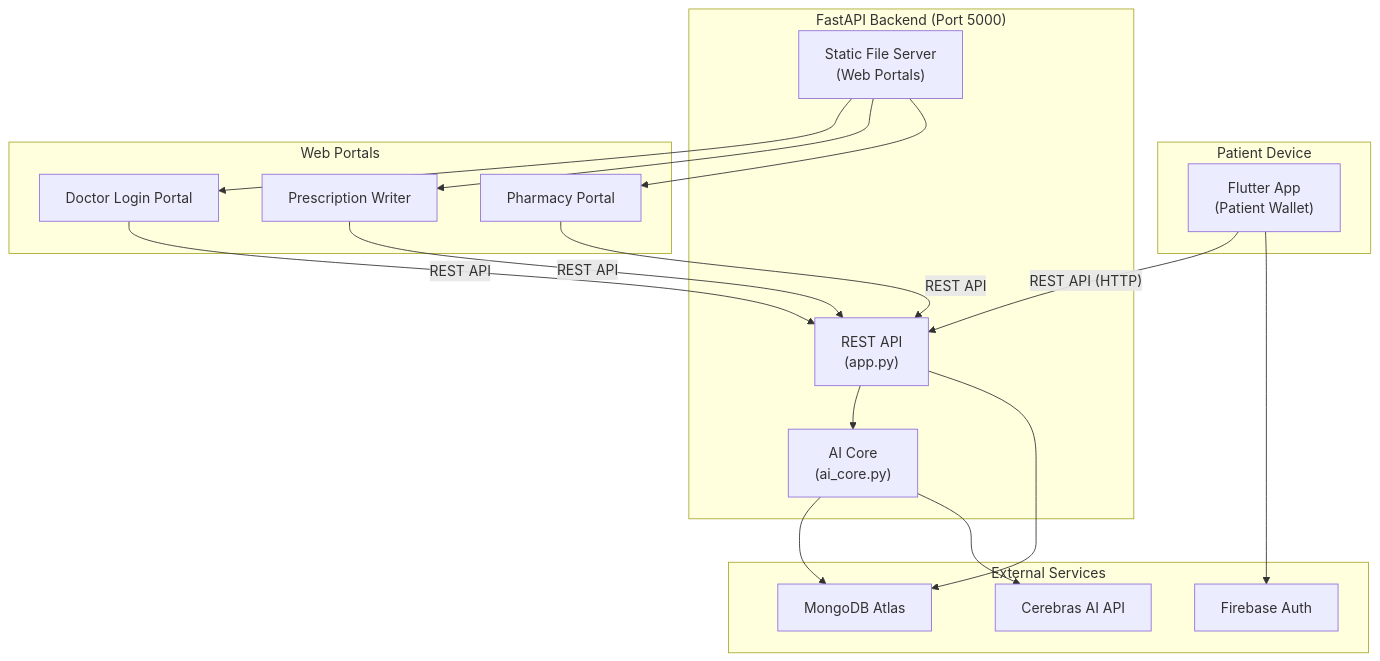
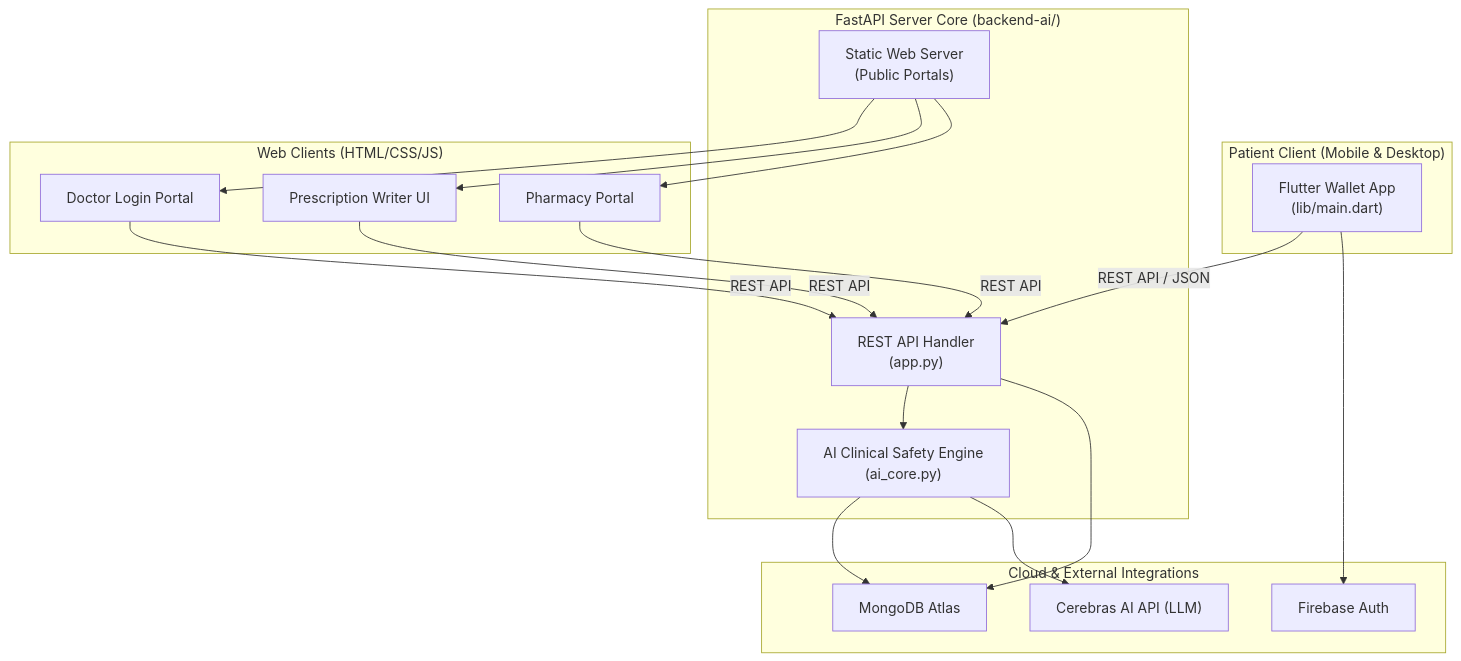
The diagram in README.md (AI-develop2006/health_aegisRX), drawn with Mermaid before and after one commit. The commit also changed other lines of this file, not shown here.

Commit message:
docs: update README.md with premium architecture guidelines and workflows

````diff
--- a/README.md
+++ b/README.md
@@ -83,37 +43,37 @@
 ```mermaid
 graph TB
-    subgraph "Patient Device"
-        A["Flutter App<br/>(Patient Wallet)"]
+    subgraph "Patient Client (Mobile & Desktop)"
+        A["Flutter Wallet App<br/>(lib/main.dart)"]
     end
 
-    subgraph "FastAPI Backend (Port 5000)"
-        B["REST API<br/>(app.py)"]
-        C["AI Core<br/>(ai_core.py)"]
-        D["Static File Server<br/>(Web Portals)"]
+    subgraph "FastAPI Server Core (backend-ai/)"
+        B["REST API Handler<br/>(app.py)"]
+        C["AI Clinical Safety Engine<br/>(ai_core.py)"]
+        D["Static Web Server<br/>(Public Portals)"]
     end
 
-    subgraph "External Services"
+    subgraph "Cloud & External Integrations"
         E["MongoDB Atlas"]
-        F["Cerebras AI API"]
+        F["Cerebras AI API (LLM)"]
         G["Firebase Auth"]
     end
 
-    subgraph "Web Portals"
+    subgraph "Web Clients (HTML/CSS/JS)"
         H["Doctor Login Portal"]
-        I["Prescription Writer"]
+        I["Prescription Writer UI"]
         J["Pharmacy Portal"]
     end
 
-    A -- "REST API (HTTP)" --> B
+    A -- "REST API / JSON" --> B
     B --> C
     B --> E
     C --> E
     C --> F
     A --> G
     D --> H
     D --> I
     D --> J
     H -- "REST API" --> B
     I -- "REST API" --> B
     J -- "REST API" --> B
 ```
````
